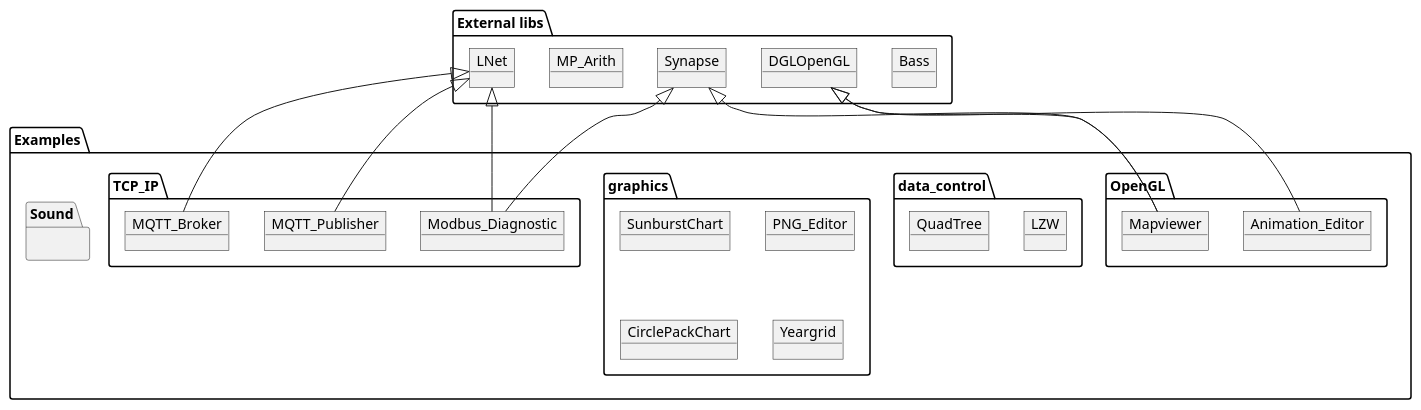
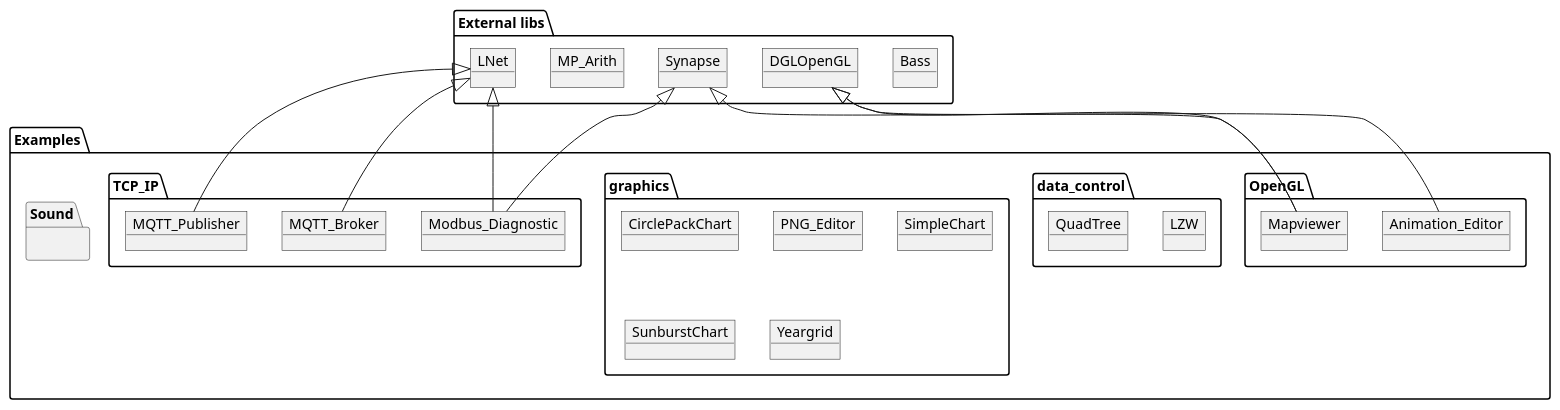
The diagram in overview.plantuml (PascalCorpsman/Examples), drawn with PlantUML before and after one commit. The commit also changed 9 other files, not shown here.

Commit message:
Add SimpleChart Demo

```diff
--- a/overview.plantuml
+++ b/overview.plantuml
@@ -2,45 +2,46 @@
 @startuml
 
 package "Examples" {
   package "OpenGL" {
+   object Animation_Editor
    object Mapviewer
-   object Animation_Editor
   }
   package "data_control" {
     object LZW
     object QuadTree
   }
   package "graphics" {
+   object CirclePackChart
+   object PNG_Editor
+   object SimpleChart
    object SunburstChart
-   object PNG_Editor
-   object CirclePackChart
    object Yeargrid
   }
   package "TCP_IP" {
+   object Modbus_Diagnostic
    object MQTT_Broker
    object MQTT_Publisher
-   object Modbus_Diagnostic
   }
   package "Sound" {
    
   }
 }
 
 package "External libs" 
 {
   object Bass
   object DGLOpenGL
   object LNet 
   object MP_Arith
   object Synapse
 
   Synapse <|-- Mapviewer 
   DGLOpenGL <|-- Mapviewer 
   DGLOpenGL <|-- Animation_Editor 
   Synapse <|-- Modbus_Diagnostic
   LNet <|-- Modbus_Diagnostic
   LNet <|-- MQTT_Publisher
   LNet <|-- MQTT_Broker
 }
 
 @enduml
```
